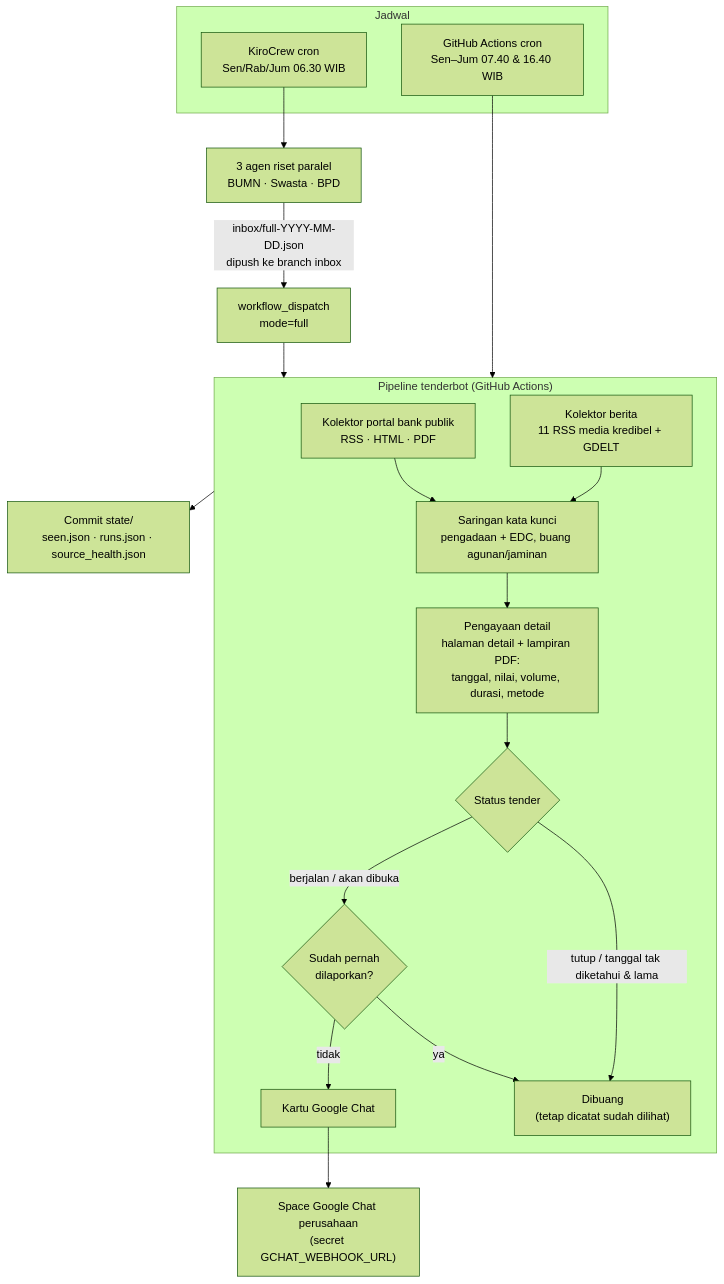
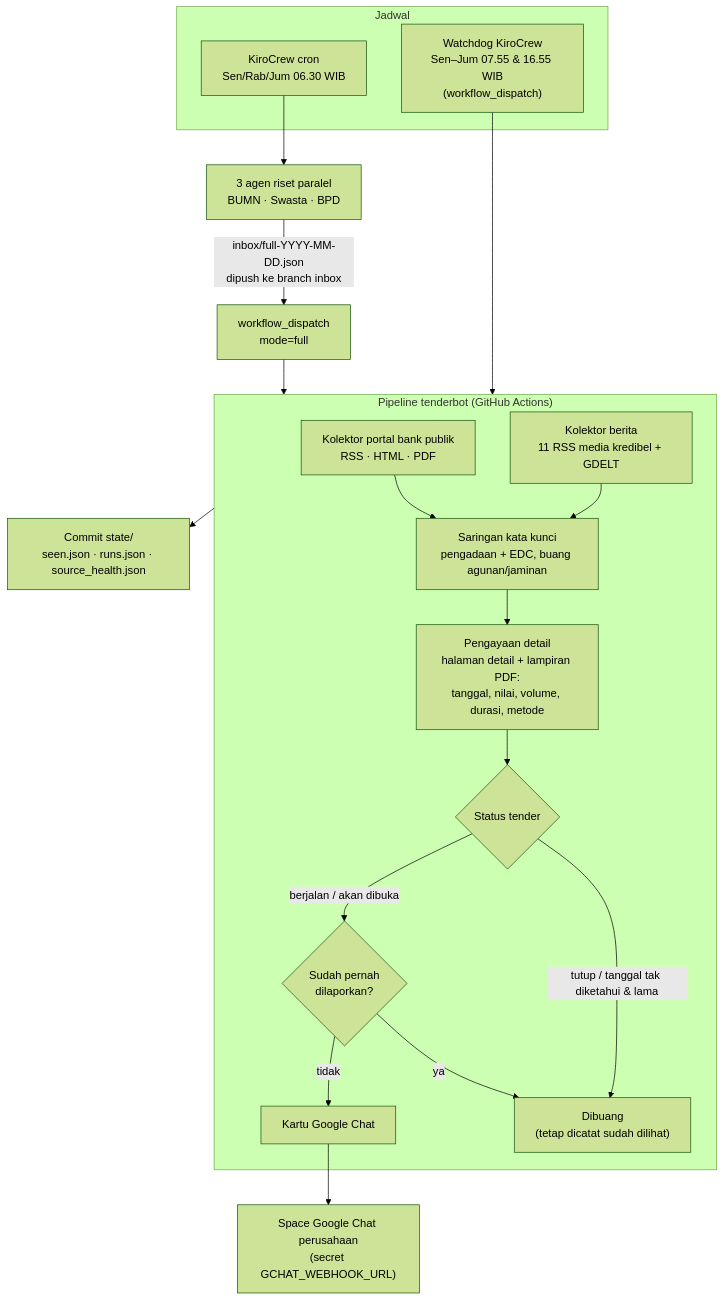
The diagram in README.md (arifyudhistirapcs/Tender_bot), drawn with Mermaid (forest theme) before and after one commit. The commit also changed other lines of this file and 2 other files, not shown here.

Commit message:
ci: hapus cron GitHub (terlambat/tidak jalan); watchdog KiroCrew jadi pemicu light 07.55 & 16.55

````diff
--- a/README.md
+++ b/README.md
@@ -39,28 +43,28 @@
 ```mermaid
 flowchart TD
     subgraph Jadwal
         K["KiroCrew cron<br/>Sen/Rab/Jum 06.30 WIB"]
-        A["GitHub Actions cron<br/>Sen–Jum 07.40 & 16.40 WIB"]
+        A["Watchdog KiroCrew<br/>Sen–Jum 07.55 & 16.55 WIB<br/>(workflow_dispatch)"]
     end
 
     K --> R["3 agen riset paralel<br/>BUMN · Swasta · BPD"]
     R -->|"inbox/full-YYYY-MM-DD.json<br/>dipush ke branch inbox"| D["workflow_dispatch<br/>mode=full"]
     D --> P
     A --> P
 
     subgraph P["Pipeline tenderbot (GitHub Actions)"]
         C1["Kolektor portal bank publik<br/>RSS · HTML · PDF"]
         C2["Kolektor berita<br/>11 RSS media kredibel + GDELT"]
         C1 --> F["Saringan kata kunci<br/>pengadaan + EDC, buang agunan/jaminan"]
         C2 --> F
         F --> E["Pengayaan detail<br/>halaman detail + lampiran PDF:<br/>tanggal, nilai, volume, durasi, metode"]
         E --> S{"Status tender"}
         S -->|"tutup / tanggal tak diketahui & lama"| X["Dibuang<br/>(tetap dicatat sudah dilihat)"]
         S -->|"berjalan / akan dibuka"| U{"Sudah pernah<br/>dilaporkan?"}
         U -->|ya| X
         U -->|tidak| G["Kartu Google Chat"]
     end
 
     G --> W["Space Google Chat perusahaan<br/>(secret GCHAT_WEBHOOK_URL)"]
     P --> ST["Commit state/<br/>seen.json · runs.json · source_health.json"]
 ```
````
